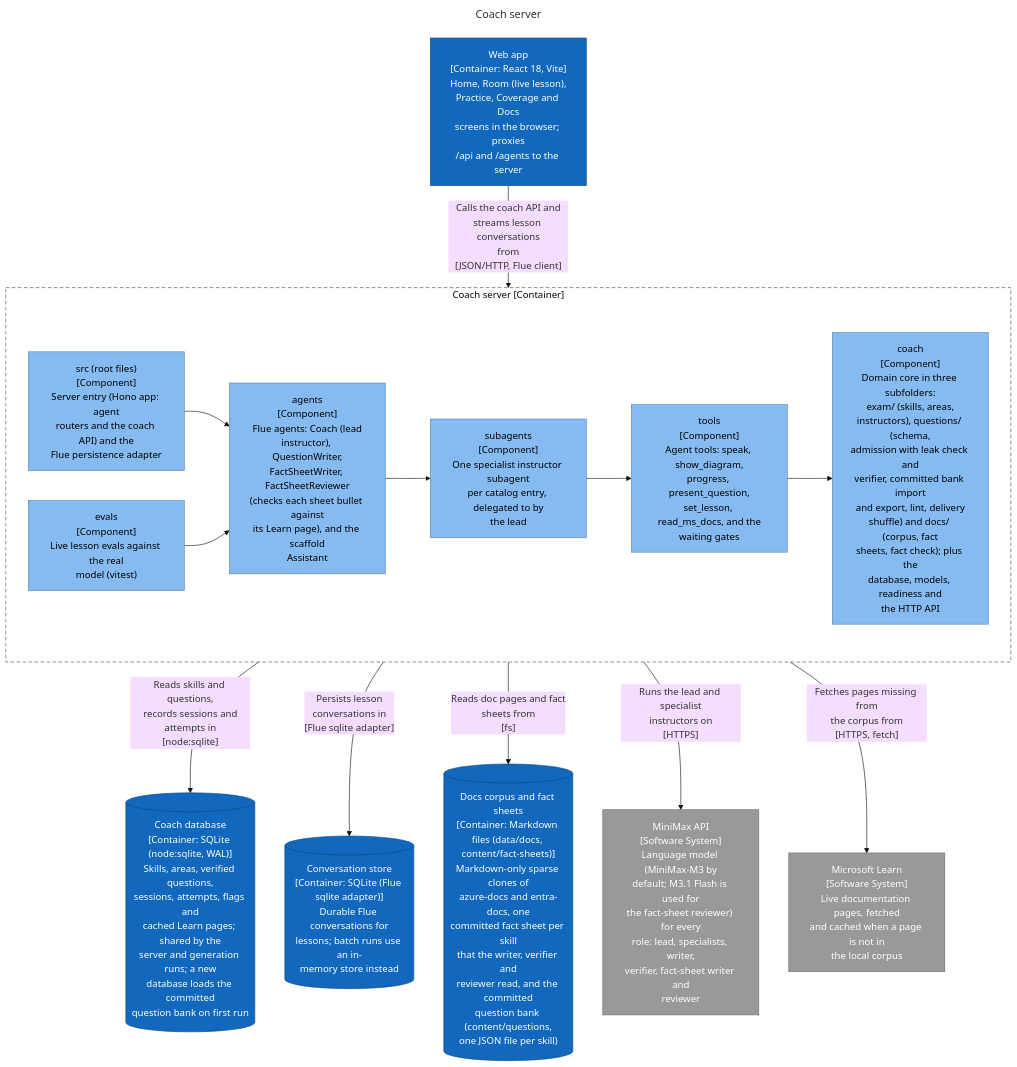
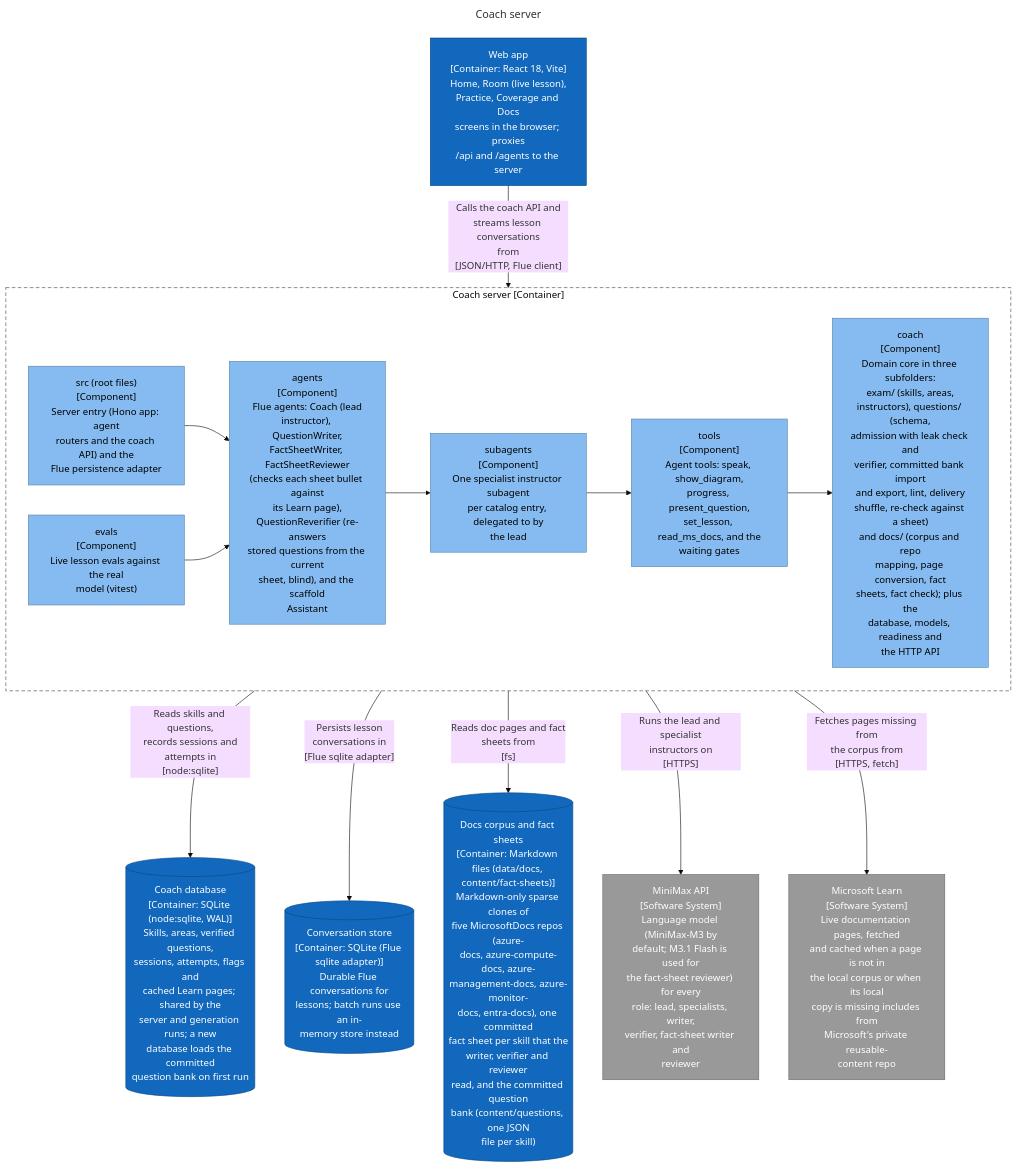
Before and after one commit to ythalorossy/study-coach: the third of 8 diagrams in architecture-docs/study-coach/ArchitectureReport.md, drawn with Mermaid (base theme). The commit also changed other lines of this file and 12 other files, not shown here.

Commit message:
docs: refresh the architecture report for the re-checker, the extra docs repos and the page-reading rules

````diff
--- a/architecture-docs/study-coach/ArchitectureReport.md
+++ b/architecture-docs/study-coach/ArchitectureReport.md
@@ -184,41 +187,41 @@
 ```mermaid
 ---
 title: "Coach server"
 ---
 flowchart TB
     subgraph boundary["Coach server [Container]"]
         src__files["src (root files)<br/>[Component]<br/>Server entry (Hono app: agent<br/>routers and the coach API) and the<br/>Flue persistence adapter"]
-        src_agents["agents<br/>[Component]<br/>Flue agents: Coach (lead<br/>instructor), QuestionWriter,<br/>FactSheetWriter, FactSheetReviewer<br/>(checks each sheet bullet against<br/>its Learn page), and the scaffold<br/>Assistant"]
-        src_coach["coach<br/>[Component]<br/>Domain core in three subfolders:<br/>exam/ (skills, areas,<br/>instructors), questions/ (schema,<br/>admission with leak check and<br/>verifier, committed bank import<br/>and export, lint, delivery<br/>shuffle) and docs/ (corpus, fact<br/>sheets, fact check); plus the<br/>database, models, readiness and<br/>the HTTP API"]
+        src_agents["agents<br/>[Component]<br/>Flue agents: Coach (lead<br/>instructor), QuestionWriter,<br/>FactSheetWriter, FactSheetReviewer<br/>(checks each sheet bullet against<br/>its Learn page),<br/>QuestionReverifier (re-answers<br/>stored questions from the current<br/>sheet, blind), and the scaffold<br/>Assistant"]
+        src_coach["coach<br/>[Component]<br/>Domain core in three subfolders:<br/>exam/ (skills, areas,<br/>instructors), questions/ (schema,<br/>admission with leak check and<br/>verifier, committed bank import<br/>and export, lint, delivery<br/>shuffle, re-check against a sheet)<br/>and docs/ (corpus and repo<br/>mapping, page conversion, fact<br/>sheets, fact check); plus the<br/>database, models, readiness and<br/>the HTTP API"]
         src_evals["evals<br/>[Component]<br/>Live lesson evals against the real<br/>model (vitest)"]
         src_subagents["subagents<br/>[Component]<br/>One specialist instructor subagent<br/>per catalog entry, delegated to by<br/>the lead"]
         src_tools["tools<br/>[Component]<br/>Agent tools: speak, show_diagram,<br/>progress, present_question,<br/>set_lesson, read_ms_docs, and the<br/>waiting gates"]
     end
     src__files --> src_agents
     src_agents --> src_subagents
     src_evals --> src_agents
     src_subagents --> src_tools
     src_tools --> src_coach
     coach_web["Web app<br/>[Container: React 18, Vite]<br/>Home, Room (live lesson),<br/>Practice, Coverage and Docs<br/>screens in the browser; proxies<br/>/api and /agents to the server"]
     coach_web -->|"Calls the coach API and<br/>streams lesson conversations<br/>from<br/>[JSON/HTTP, Flue client]"| boundary
     coach_db[("Coach database<br/>[Container: SQLite (node:sqlite, WAL)]<br/>Skills, areas, verified questions,<br/>sessions, attempts, flags and<br/>cached Learn pages; shared by the<br/>server and generation runs; a new<br/>database loads the committed<br/>question bank on first run")]
     boundary -->|"Reads skills and questions,<br/>records sessions and<br/>attempts in<br/>[node:sqlite]"| coach_db
     flue_db[("Conversation store<br/>[Container: SQLite (Flue sqlite adapter)]<br/>Durable Flue conversations for<br/>lessons; batch runs use an in-<br/>memory store instead")]
     boundary -->|"Persists lesson<br/>conversations in<br/>[Flue sqlite adapter]"| flue_db
-    docs_corpus[("Docs corpus and fact sheets<br/>[Container: Markdown files (data/docs, content/fact-sheets)]<br/>Markdown-only sparse clones of<br/>azure-docs and entra-docs, one<br/>committed fact sheet per skill<br/>that the writer, verifier and<br/>reviewer read, and the committed<br/>question bank (content/questions,<br/>one JSON file per skill)")]
+    docs_corpus[("Docs corpus and fact sheets<br/>[Container: Markdown files (data/docs, content/fact-sheets)]<br/>Markdown-only sparse clones of<br/>five MicrosoftDocs repos (azure-<br/>docs, azure-compute-docs, azure-<br/>management-docs, azure-monitor-<br/>docs, entra-docs), one committed<br/>fact sheet per skill that the<br/>writer, verifier and reviewer<br/>read, and the committed question<br/>bank (content/questions, one JSON<br/>file per skill)")]
     boundary -->|"Reads doc pages and fact<br/>sheets from<br/>[fs]"| docs_corpus
     ext_minimax["MiniMax API<br/>[Software System]<br/>Language model (MiniMax-M3 by<br/>default; M3.1 Flash is used for<br/>the fact-sheet reviewer) for every<br/>role: lead, specialists, writer,<br/>verifier, fact-sheet writer and<br/>reviewer"]
     boundary -->|"Runs the lead and specialist<br/>instructors on<br/>[HTTPS]"| ext_minimax
-    ext_learn["Microsoft Learn<br/>[Software System]<br/>Live documentation pages, fetched<br/>and cached when a page is not in<br/>the local corpus"]
+    ext_learn["Microsoft Learn<br/>[Software System]<br/>Live documentation pages, fetched<br/>and cached when a page is not in<br/>the local corpus or when its local<br/>copy is missing includes from<br/>Microsoft's private reusable-<br/>content repo"]
     boundary -->|"Fetches pages missing from<br/>the corpus from<br/>[HTTPS, fetch]"| ext_learn
     classDef person fill:#08427b,stroke:#052e56,color:#ffffff
     classDef container fill:#1168bd,stroke:#0b4884,color:#ffffff
     classDef system fill:#1168bd,stroke:#0b4884,color:#ffffff
     classDef component fill:#85bbf0,stroke:#5d82a8,color:#000000
     classDef external fill:#999999,stroke:#6b6b6b,color:#ffffff
     classDef shared fill:#dbe9f6,stroke:#5d82a8,color:#000000,stroke-dasharray:4 3
     class src__files,src_agents,src_coach,src_evals,src_subagents,src_tools component
     class coach_web,coach_db,flue_db,docs_corpus container
     class ext_minimax,ext_learn external
     style boundary fill:none,stroke:#444444,stroke-dasharray:6 4
 ```
````
